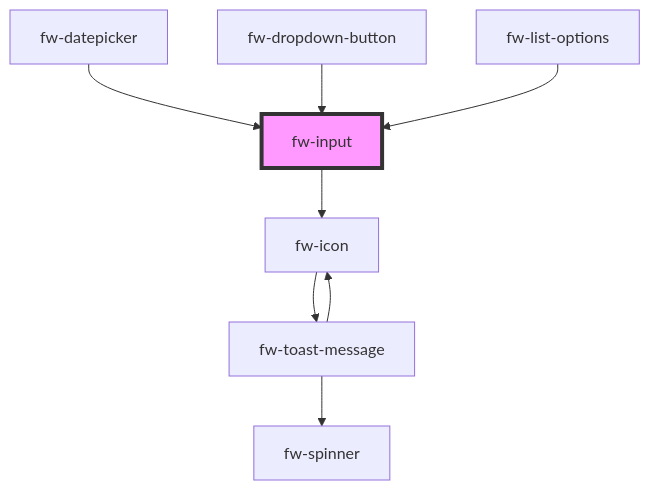
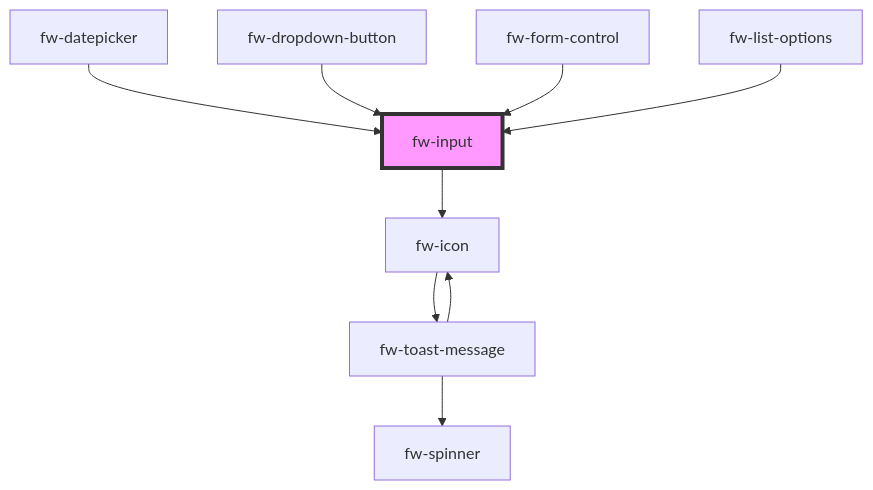
One commit to freshworks/crayons changed the diagram in packages/crayons-core/src/components/input/readme.md. Above: the diagram before and after it, drawn with Mermaid. The commit also changed other lines of this file and 40 other files, not shown here.

Commit message:
feat(dynamic-form): form component dynamically constructed based on structured schema (#364)

````diff
--- a/packages/crayons-core/src/components/input/readme.md
+++ b/packages/crayons-core/src/components/input/readme.md
@@ -198,11 +227,12 @@
 ```mermaid
 graph TD;
   fw-input --> fw-icon
   fw-icon --> fw-toast-message
   fw-toast-message --> fw-spinner
   fw-toast-message --> fw-icon
   fw-datepicker --> fw-input
   fw-dropdown-button --> fw-input
+  fw-form-control --> fw-input
   fw-list-options --> fw-input
   style fw-input fill:#f9f,stroke:#333,stroke-width:4px
 ```
````
